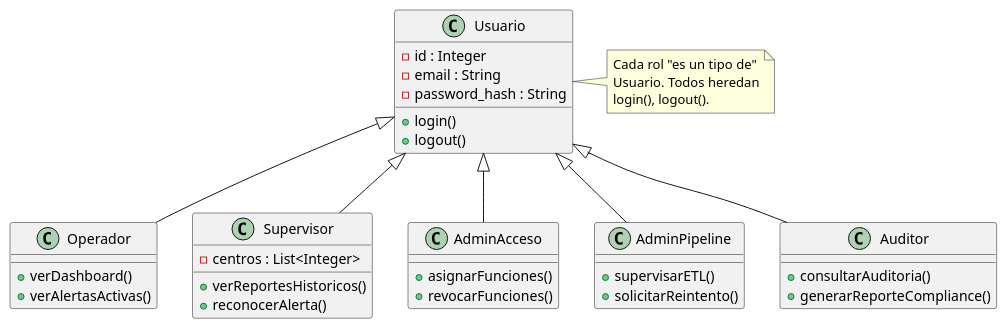
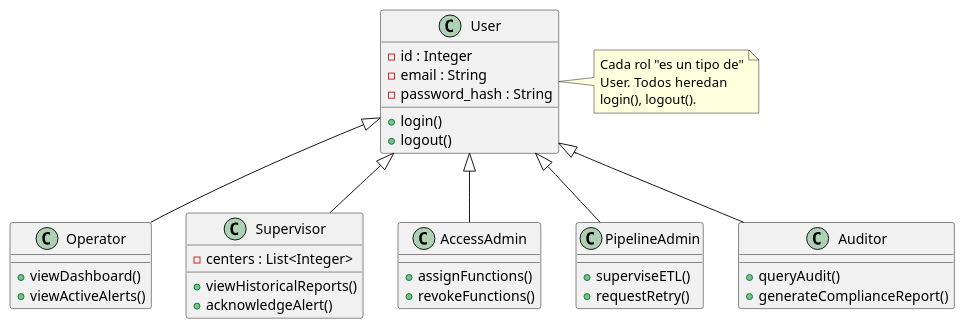
Before and after one commit to jcg-admin/IACT-docs: the diagram in source/requisitos/_metodologia-aplicacion/relaciones-uml/jerarquia-de-usuario-en-iact.rst, drawn with PlantUML. The commit also changed 19 other files, not shown here.

First line of the commit message:
Translate identifiers in B-C relaciones-uml/ (T-011..T-030)

```diff
--- a/source/requisitos/_metodologia-aplicacion/relaciones-uml/jerarquia-de-usuario-en-iact.rst
+++ b/source/requisitos/_metodologia-aplicacion/relaciones-uml/jerarquia-de-usuario-en-iact.rst
@@ -4,49 +4,49 @@
 .. uml::
 
    @startuml
 
-   class Usuario {
+   class User {
      - id : Integer
      - email : String
      - password_hash : String
      + login()
      + logout()
    }
 
-   class Operador {
-     + verDashboard()
-     + verAlertasActivas()
+   class Operator {
+     + viewDashboard()
+     + viewActiveAlerts()
    }
 
    class Supervisor {
-     - centros : List<Integer>
-     + verReportesHistoricos()
-     + reconocerAlerta()
+     - centers : List<Integer>
+     + viewHistoricalReports()
+     + acknowledgeAlert()
    }
 
-   class AdminAcceso {
-     + asignarFunciones()
-     + revocarFunciones()
+   class AccessAdmin {
+     + assignFunctions()
+     + revokeFunctions()
    }
 
-   class AdminPipeline {
-     + supervisarETL()
-     + solicitarReintento()
+   class PipelineAdmin {
+     + superviseETL()
+     + requestRetry()
    }
 
    class Auditor {
-     + consultarAuditoria()
-     + generarReporteCompliance()
+     + queryAudit()
+     + generateComplianceReport()
    }
 
-   Usuario <|-- Operador
-   Usuario <|-- Supervisor
-   Usuario <|-- AdminAcceso
-   Usuario <|-- AdminPipeline
-   Usuario <|-- Auditor
-   note right of Usuario
+   User <|-- Operator
+   User <|-- Supervisor
+   User <|-- AccessAdmin
+   User <|-- PipelineAdmin
+   User <|-- Auditor
+   note right of User
      Cada rol "es un tipo de"
-     Usuario. Todos heredan
+     User. Todos heredan
      login(), logout().
    end note
    @enduml
```
